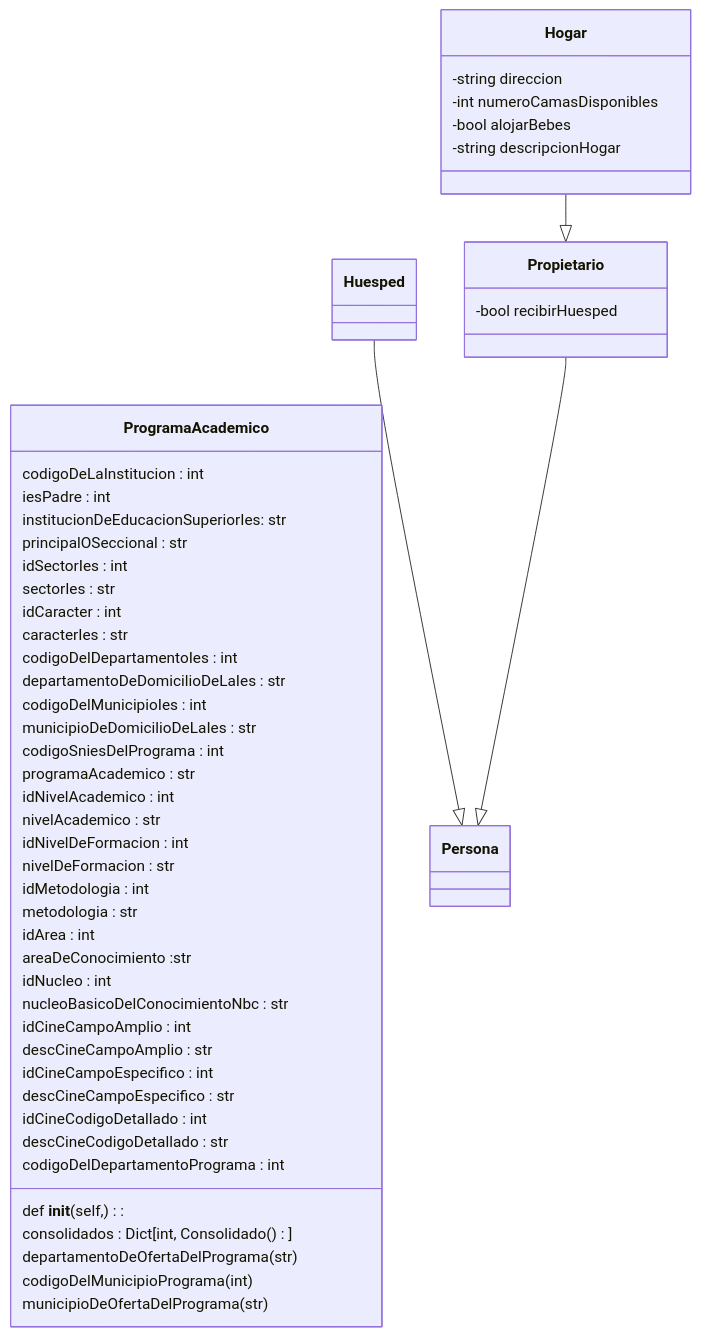
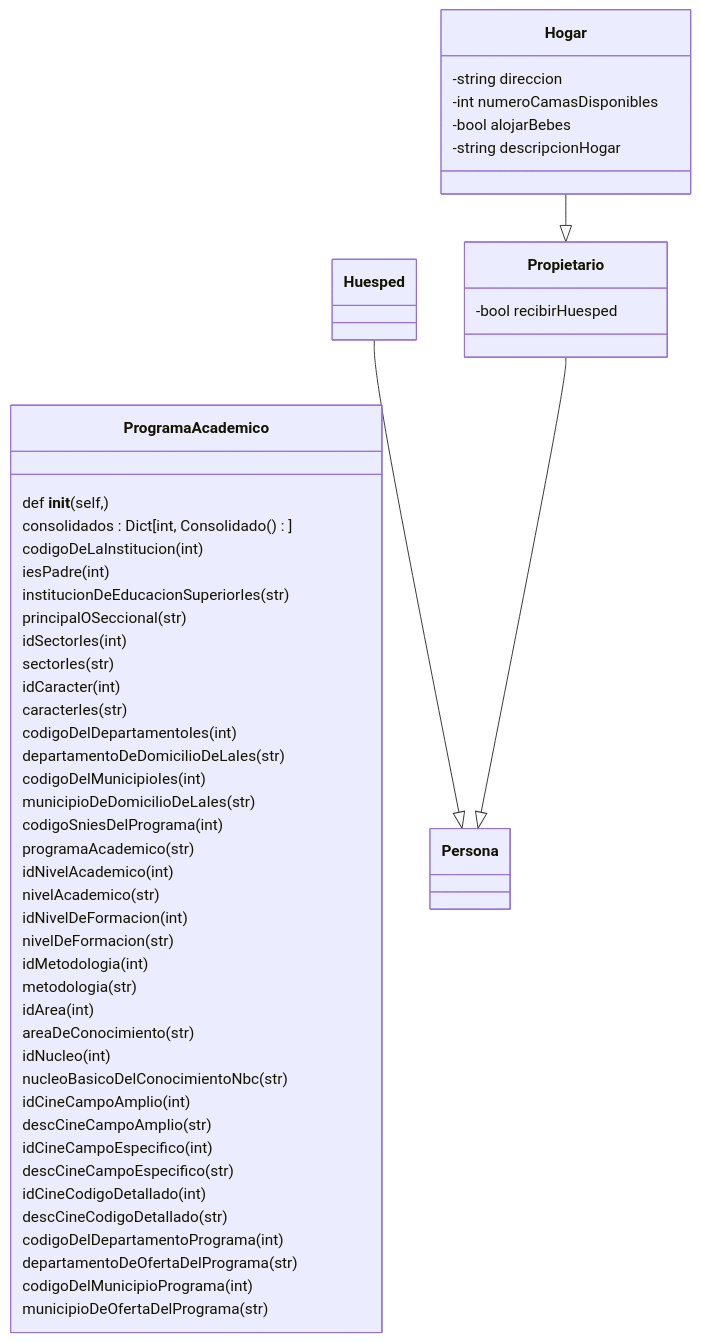
The diagram in README.md (300CIS017-Object-Oriented-Programming/proyecto-3-chiq), drawn with Mermaid before and after one commit.

````diff
--- a/README.md
+++ b/README.md
@@ -7,66 +7,66 @@
 ```mermaid
 classDiagram
 direction BT
 
 class ProgramaAcademico{
-    def __init__(self, ):
+    def __init__(self, )
         consolidados : Dict[int, Consolidado()]
-        codigoDeLaInstitucion : int
-        iesPadre : int
-        institucionDeEducacionSuperiorIes: str
-        principalOSeccional : str
-        idSectorIes : int
-        sectorIes : str
-        idCaracter : int
-        caracterIes : str
-        codigoDelDepartamentoIes : int
-        departamentoDeDomicilioDeLaIes : str
-        codigoDelMunicipioIes : int
-        municipioDeDomicilioDeLaIes : str
-        codigoSniesDelPrograma : int
-        programaAcademico : str
-        idNivelAcademico : int
-        nivelAcademico : str
-        idNivelDeFormacion : int
-        nivelDeFormacion : str
-        idMetodologia : int
-        metodologia : str
-        idArea : int
-        areaDeConocimiento :str
-        idNucleo : int
-        nucleoBasicoDelConocimientoNbc : str
-        idCineCampoAmplio : int
-        descCineCampoAmplio : str
-        idCineCampoEspecifico : int
-        descCineCampoEspecifico : str
-        idCineCodigoDetallado : int
-        descCineCodigoDetallado : str
-        codigoDelDepartamentoPrograma : int
+        codigoDeLaInstitucion (int)
+        iesPadre (int)
+        institucionDeEducacionSuperiorIes (str)
+        principalOSeccional  (str)
+        idSectorIes  (int)
+        sectorIes  (str)
+        idCaracter  (int)
+        caracterIes  (str)
+        codigoDelDepartamentoIes  (int)
+        departamentoDeDomicilioDeLaIes  (str)
+        codigoDelMunicipioIes  (int)
+        municipioDeDomicilioDeLaIes  (str)
+        codigoSniesDelPrograma (int)
+        programaAcademico  (str)
+        idNivelAcademico (int)
+        nivelAcademico  (str)
+        idNivelDeFormacion  (int)
+        nivelDeFormacion  (str)
+        idMetodologia  (int)
+        metodologia (str)
+        idArea  (int)
+        areaDeConocimiento (str)
+        idNucleo  (int)
+        nucleoBasicoDelConocimientoNbc  (str)
+        idCineCampoAmplio  (int)
+        descCineCampoAmplio  (str)
+        idCineCampoEspecifico  (int)
+        descCineCampoEspecifico  (str)
+        idCineCodigoDetallado  (int)
+        descCineCodigoDetallado  (str)
+        codigoDelDepartamentoPrograma  (int)
         departamentoDeOfertaDelPrograma (str)
         codigoDelMunicipioPrograma(int)
         municipioDeOfertaDelPrograma(str)
 }
 
 class Huesped{
   
 }
 
 class Propietario{
   -bool recibirHuesped
 }
 
 class Hogar{
   -string direccion
   -int numeroCamasDisponibles
   -bool alojarBebes
   -string descripcionHogar
   
 }
 
 Propietario <|-- Hogar
 Persona <|-- Huesped
 Persona <|-- Propietario
 
 
 
 ```
````
